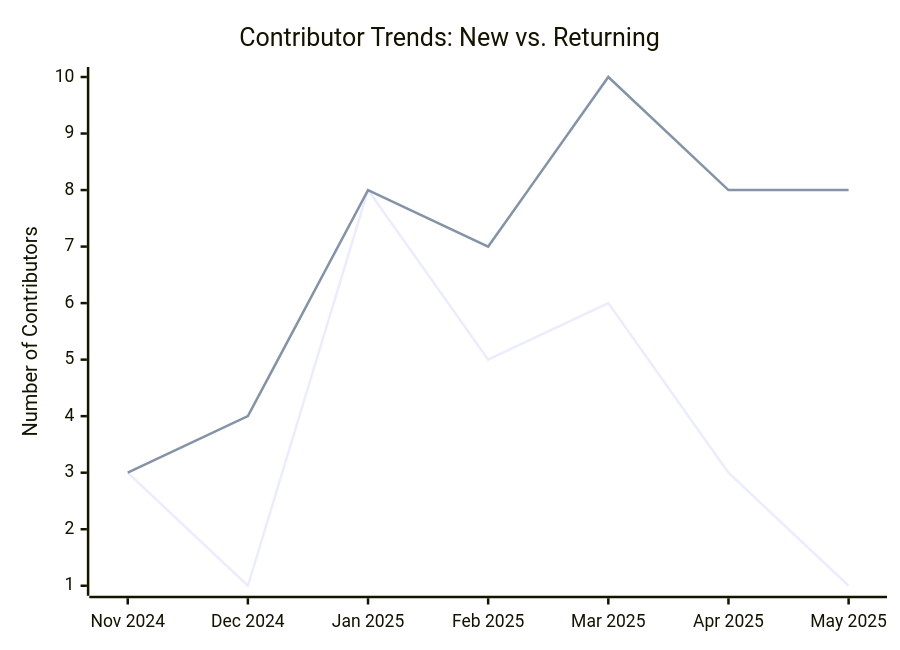
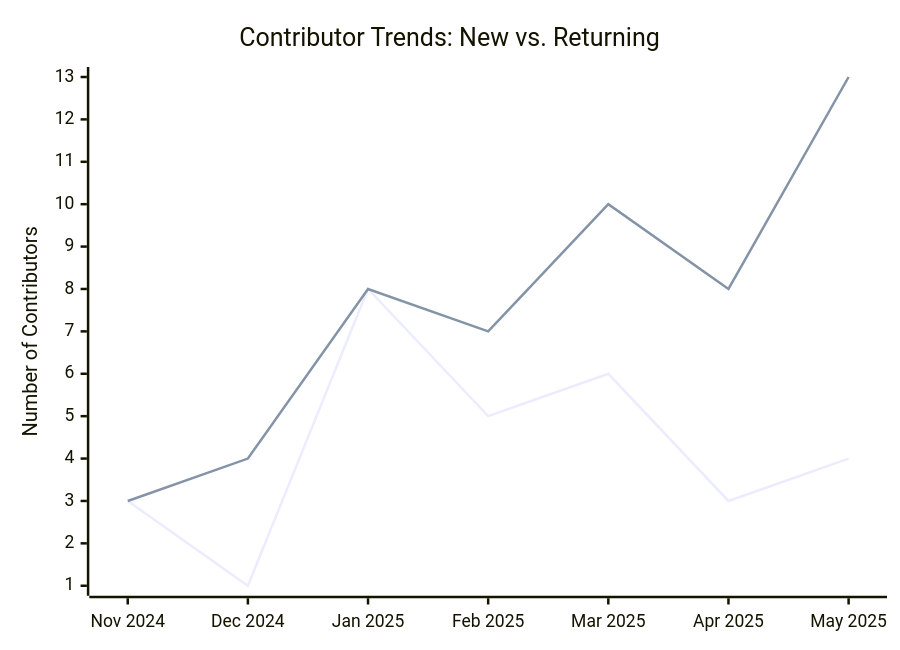
One commit to microsoft/edge-ai changed the seventh of 11 diagrams in docs/contributions.md. Above: the diagram before and after it, drawn with Mermaid. The commit also changed other lines of this file and 2 other files, not shown here.

````diff
--- a/docs/contributions.md
+++ b/docs/contributions.md
@@ -218,9 +220,9 @@
 ``` mermaid
 
 xychart-beta
     title "Contributor Trends: New vs. Returning"
     x-axis ["Nov 2024", "Dec 2024", "Jan 2025", "Feb 2025", "Mar 2025", "Apr 2025", "May 2025"]
     y-axis "Number of Contributors"
-    line [3, 1, 8, 5, 6, 3, 1]
-    line [3, 4, 8, 7, 10, 8, 8]
+    line [3, 1, 8, 5, 6, 3, 4]
+    line [3, 4, 8, 7, 10, 8, 13]
 ```
````
